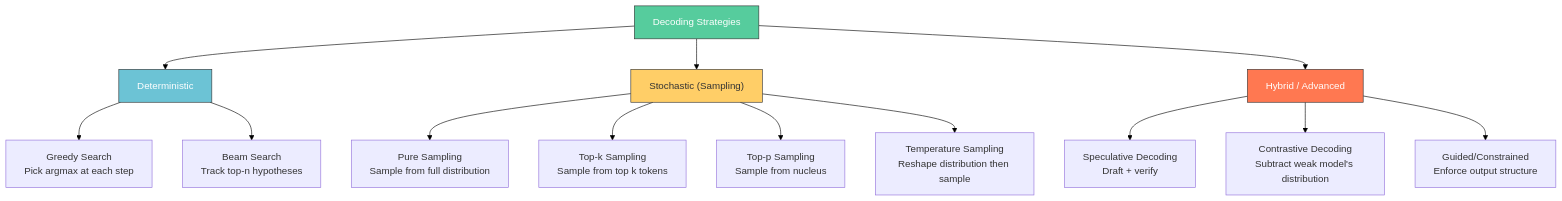
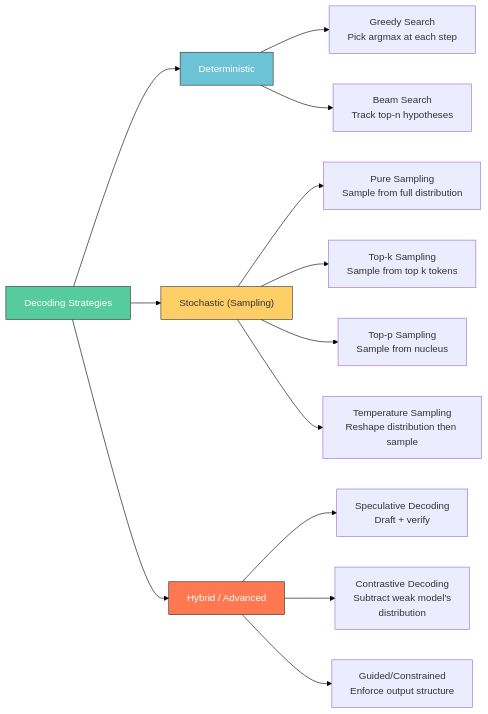
One commit to tanquangduong/tanquangduong.github.io changed the sixth of 10 diagrams in posts/llm-interview/LLM-Interview-QA-3.qmd. Above: the diagram before and after it, drawn with Mermaid. The commit also changed other lines of this file and 10 other files, not shown here.

````diff
--- a/posts/llm-interview/LLM-Interview-QA-3.qmd
+++ b/posts/llm-interview/LLM-Interview-QA-3.qmd
@@ -418,25 +418,25 @@
 ```{mermaid}
-graph TD
+graph LR
     linkStyle default stroke:#000,color:#000
     DECODE["Decoding Strategies"]
     DECODE --> DETERM["Deterministic"]
     DECODE --> STOCH["Stochastic (Sampling)"]
     DECODE --> HYBRID["Hybrid / Advanced"]
 
     DETERM --> GREEDY["Greedy Search<br/>Pick argmax at each step"]
     DETERM --> BEAM["Beam Search<br/>Track top-n hypotheses"]
 
     STOCH --> PURE["Pure Sampling<br/>Sample from full distribution"]
     STOCH --> TOPK["Top-k Sampling<br/>Sample from top k tokens"]
     STOCH --> TOPP["Top-p Sampling<br/>Sample from nucleus"]
     STOCH --> TEMP_SAMP["Temperature Sampling<br/>Reshape distribution then sample"]
 
     HYBRID --> SPEC["Speculative Decoding<br/>Draft + verify"]
-    HYBRID --> CONTRAST["Contrastive Decoding<br/>Subtract weak model's distribution"]
+    HYBRID --> CONTRAST["Contrastive Decoding<br/>Subtract weak model's<br/>distribution"]
     HYBRID --> GUIDED["Guided/Constrained<br/>Enforce output structure"]
 
     style DECODE fill:#56cc9d,stroke:#333,color:#fff
     style DETERM fill:#6cc3d5,stroke:#333,color:#fff
     style STOCH fill:#ffce67,stroke:#333
     style HYBRID fill:#ff7851,stroke:#333,color:#fff
 ```
````
